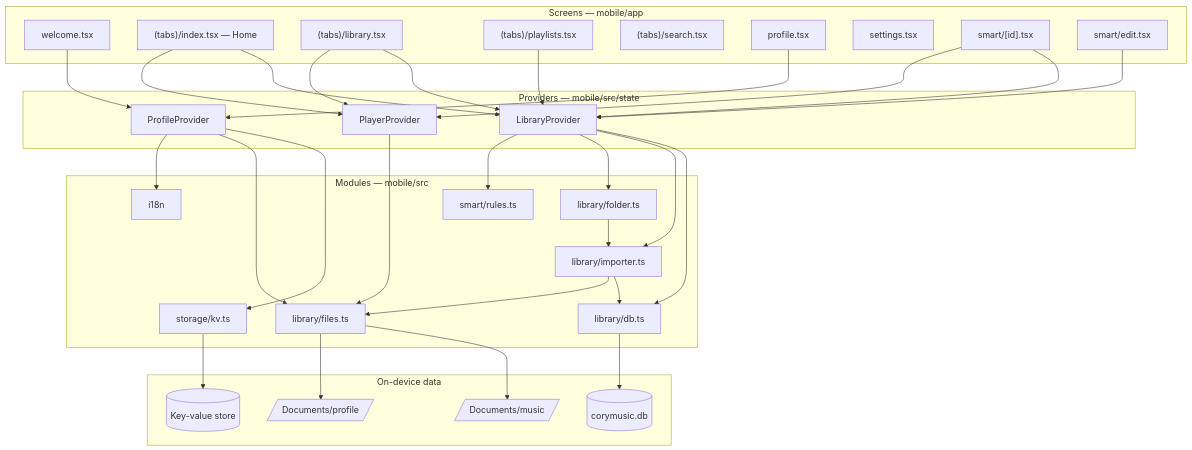
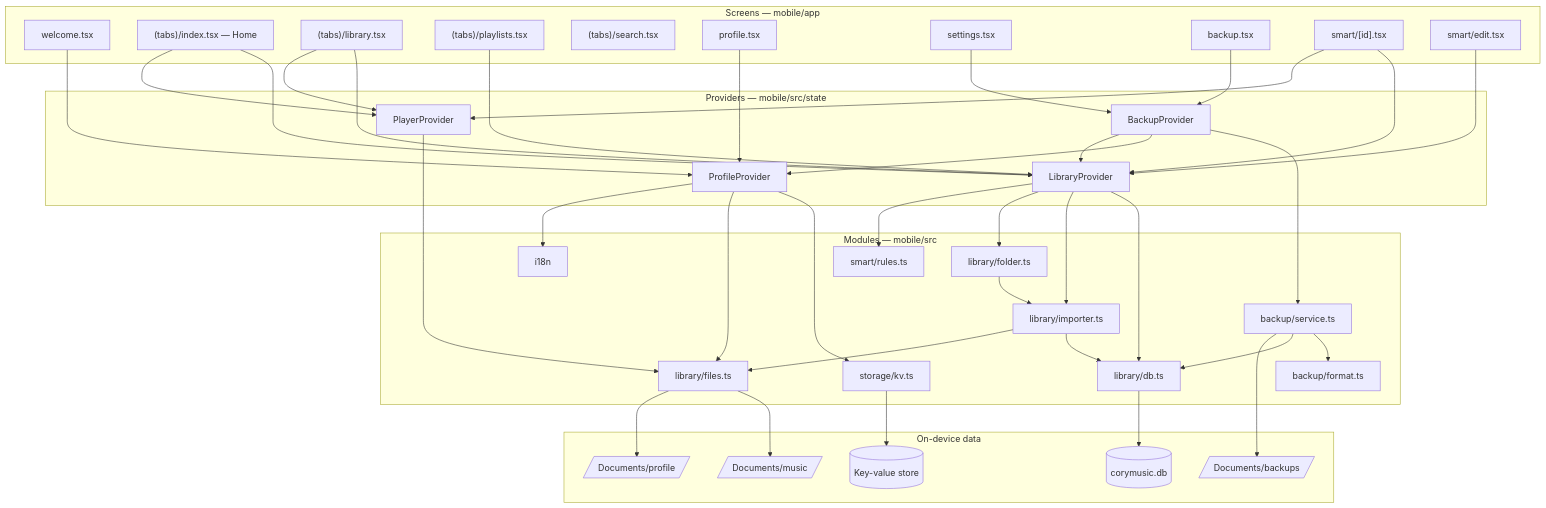
The first of 5 diagrams in docs/ARCHITECTURE.md (sabrinasalomon/CoryMusic), drawn with Mermaid before and after one commit. The commit also changed other lines of this file and 22 other files, not shown here.

````diff
--- a/docs/ARCHITECTURE.md
+++ b/docs/ARCHITECTURE.md
@@ -7,58 +7,70 @@
 ```mermaid
 flowchart TB
     subgraph Screens["Screens — mobile/app"]
         W[welcome.tsx]
         T1["(tabs)/index.tsx — Home"]
         T2["(tabs)/library.tsx"]
         T3["(tabs)/playlists.tsx"]
         T4["(tabs)/search.tsx"]
         P[profile.tsx]
         S[settings.tsx]
+        B[backup.tsx]
         SD["smart/[id].tsx"]
         SE[smart/edit.tsx]
     end
 
     subgraph State["Providers — mobile/src/state"]
         PP[ProfileProvider]
         LP[LibraryProvider]
+        BP[BackupProvider]
         PL[PlayerProvider]
     end
 
     subgraph Modules["Modules — mobile/src"]
         DB[library/db.ts]
         IM[library/importer.ts]
         FO[library/folder.ts]
         FI[library/files.ts]
         RU[smart/rules.ts]
+        BF[backup/format.ts]
+        BS[backup/service.ts]
         KV[storage/kv.ts]
         I18N[i18n]
     end
 
     subgraph Device["On-device data"]
         SQL[(corymusic.db)]
         KVS[(Key-value store)]
         MUS[/Documents/music/]
         PRO[/Documents/profile/]
+        BAK[/Documents/backups/]
     end
 
     W & P --> PP
     T1 & T2 & T3 & SD & SE --> LP
+    B & S --> BP
     T1 & T2 & SD --> PL
 
     PP --> KV
     PP --> FI
     PP --> I18N
     LP --> DB
     LP --> IM
     LP --> FO
     LP --> RU
+    BP --> BS
+    BP --> PP
+    BP --> LP
     PL --> FI
 
+    BS --> BF
+    BS --> DB
     IM --> DB
     IM --> FI
     FO --> IM
     DB --> SQL
     KV --> KVS
     FI --> MUS
     FI --> PRO
+    BS --> BAK
 ```
````
